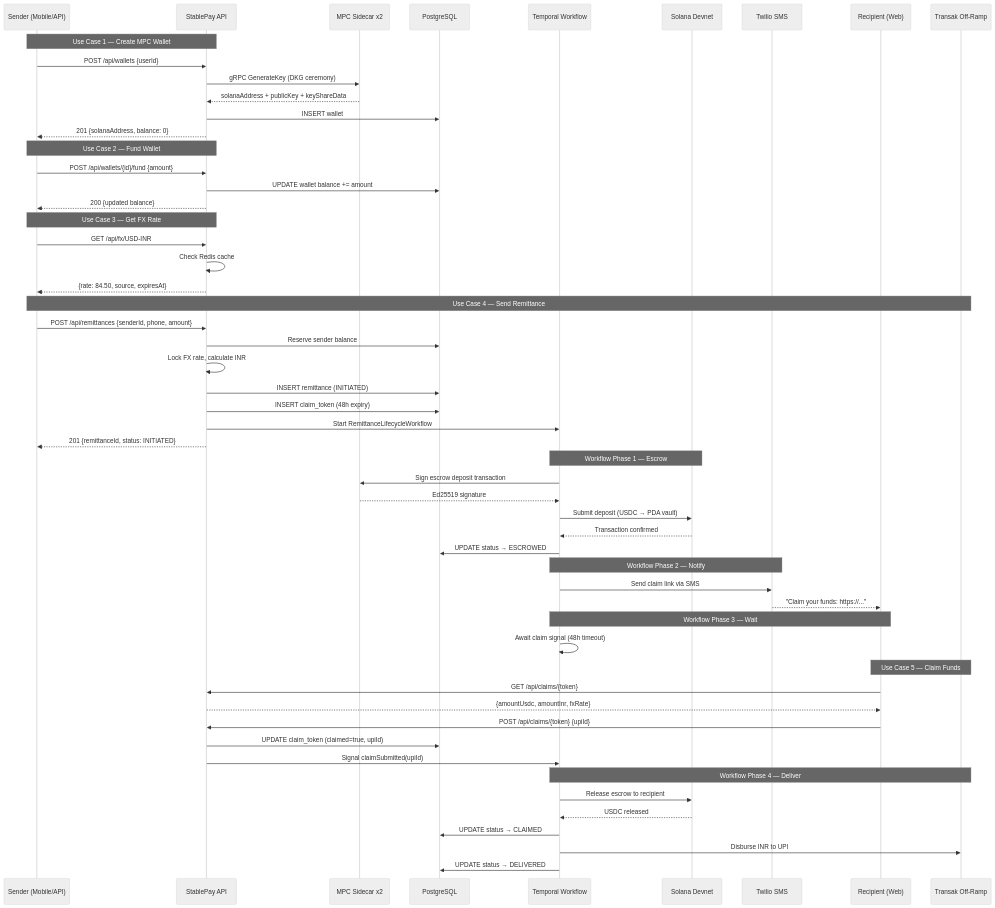
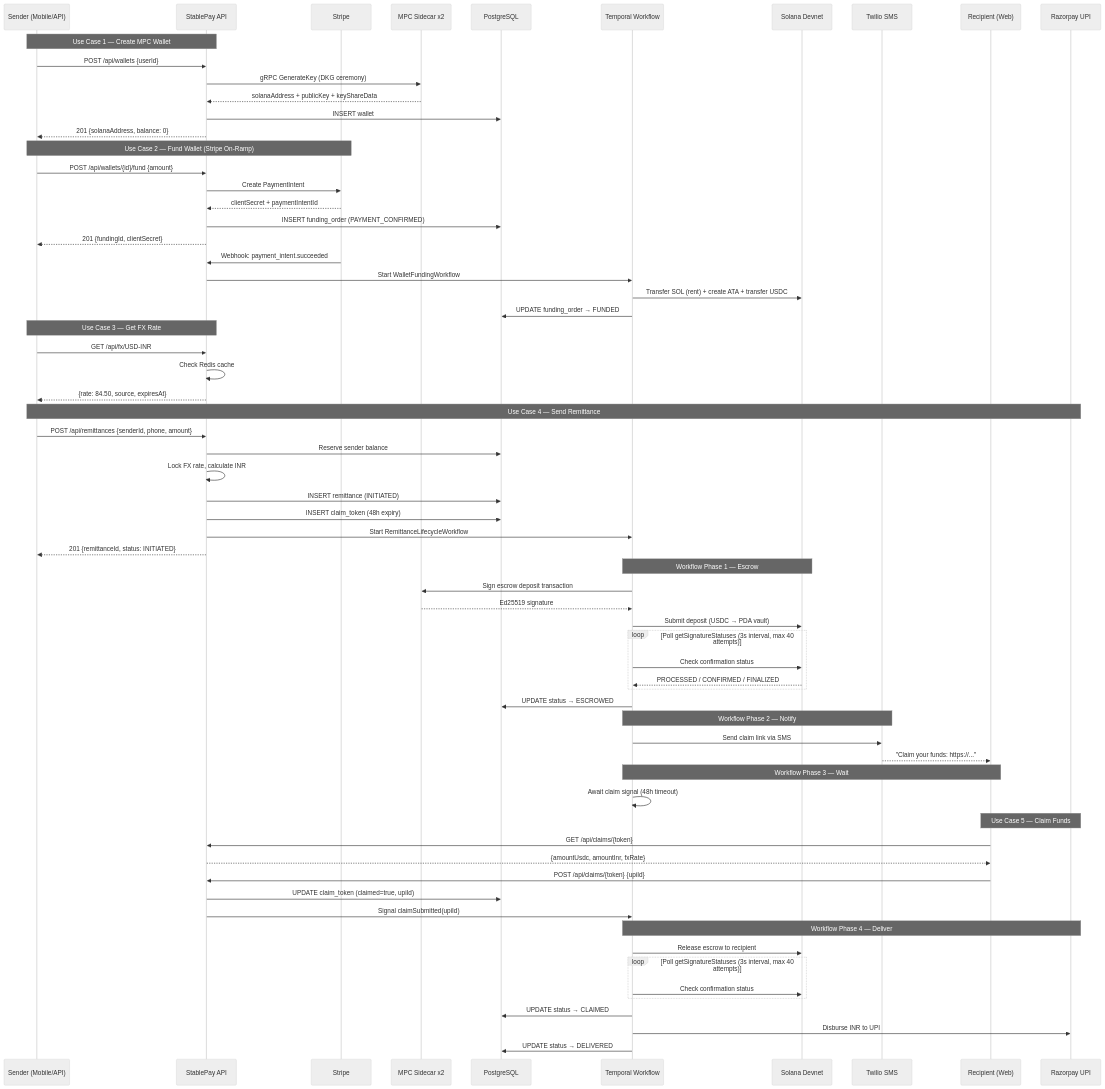
One commit to Puneethkumarck/stablepay-hackathon changed the second of 11 diagrams in README.md. Above: the diagram before and after it, drawn with Mermaid (neutral theme). The commit also changed other lines of this file and 2 other files, not shown here.

First line of the commit message:
docs: rewrite E2E run for Stripe on-ramp + Razorpay UPI payout

````diff
--- a/README.md
+++ b/README.md
@@ -106,66 +113,78 @@
 ```mermaid
 sequenceDiagram
     participant Sender as Sender (Mobile/API)
     participant API as StablePay API
+    participant Stripe as Stripe
     participant MPC as MPC Sidecar x2
     participant DB as PostgreSQL
     participant Temporal as Temporal Workflow
     participant Solana as Solana Devnet
     participant SMS as Twilio SMS
     participant Recipient as Recipient (Web)
-    participant Transak as Transak Off-Ramp
+    participant Razorpay as Razorpay UPI
 
     Note over Sender,API: Use Case 1 — Create MPC Wallet
     Sender->>API: POST /api/wallets {userId}
     API->>MPC: gRPC GenerateKey (DKG ceremony)
     MPC-->>API: solanaAddress + publicKey + keyShareData
     API->>DB: INSERT wallet
     API-->>Sender: 201 {solanaAddress, balance: 0}
 
-    Note over Sender,API: Use Case 2 — Fund Wallet
+    Note over Sender,Stripe: Use Case 2 — Fund Wallet (Stripe On-Ramp)
     Sender->>API: POST /api/wallets/{id}/fund {amount}
-    API->>DB: UPDATE wallet balance += amount
-    API-->>Sender: 200 {updated balance}
+    API->>Stripe: Create PaymentIntent
+    Stripe-->>API: clientSecret + paymentIntentId
+    API->>DB: INSERT funding_order (PAYMENT_CONFIRMED)
+    API-->>Sender: 201 {fundingId, clientSecret}
+    Stripe->>API: Webhook: payment_intent.succeeded
+    API->>Temporal: Start WalletFundingWorkflow
+    Temporal->>Solana: Transfer SOL (rent) + create ATA + transfer USDC
+    Temporal->>DB: UPDATE funding_order → FUNDED
 
     Note over Sender,API: Use Case 3 — Get FX Rate
     Sender->>API: GET /api/fx/USD-INR
     API->>API: Check Redis cache
     API-->>Sender: {rate: 84.50, source, expiresAt}
 
-    Note over Sender,Transak: Use Case 4 — Send Remittance
+    Note over Sender,Razorpay: Use Case 4 — Send Remittance
     Sender->>API: POST /api/remittances {senderId, phone, amount}
     API->>DB: Reserve sender balance
     API->>API: Lock FX rate, calculate INR
     API->>DB: INSERT remittance (INITIATED)
     API->>DB: INSERT claim_token (48h expiry)
     API->>Temporal: Start RemittanceLifecycleWorkflow
     API-->>Sender: 201 {remittanceId, status: INITIATED}
 
     Note over Temporal,Solana: Workflow Phase 1 — Escrow
     Temporal->>MPC: Sign escrow deposit transaction
     MPC-->>Temporal: Ed25519 signature
     Temporal->>Solana: Submit deposit (USDC → PDA vault)
-    Solana-->>Temporal: Transaction confirmed
+    loop Poll getSignatureStatuses (3s interval, max 40 attempts)
+        Temporal->>Solana: Check confirmation status
+        Solana-->>Temporal: PROCESSED / CONFIRMED / FINALIZED
+    end
     Temporal->>DB: UPDATE status → ESCROWED
 
     Note over Temporal,SMS: Workflow Phase 2 — Notify
     Temporal->>SMS: Send claim link via SMS
     SMS-->>Recipient: "Claim your funds: https://..."
 
     Note over Temporal,Recipient: Workflow Phase 3 — Wait
     Temporal->>Temporal: Await claim signal (48h timeout)
 
-    Note over Recipient,Transak: Use Case 5 — Claim Funds
+    Note over Recipient,Razorpay: Use Case 5 — Claim Funds
     Recipient->>API: GET /api/claims/{token}
     API-->>Recipient: {amountUsdc, amountInr, fxRate}
     Recipient->>API: POST /api/claims/{token} {upiId}
     API->>DB: UPDATE claim_token (claimed=true, upiId)
     API->>Temporal: Signal claimSubmitted(upiId)
 
-    Note over Temporal,Transak: Workflow Phase 4 — Deliver
+    Note over Temporal,Razorpay: Workflow Phase 4 — Deliver
     Temporal->>Solana: Release escrow to recipient
-    Solana-->>Temporal: USDC released
+    loop Poll getSignatureStatuses (3s interval, max 40 attempts)
+        Temporal->>Solana: Check confirmation status
+    end
     Temporal->>DB: UPDATE status → CLAIMED
-    Temporal->>Transak: Disburse INR to UPI
+    Temporal->>Razorpay: Disburse INR to UPI
     Temporal->>DB: UPDATE status → DELIVERED
 ```
````
